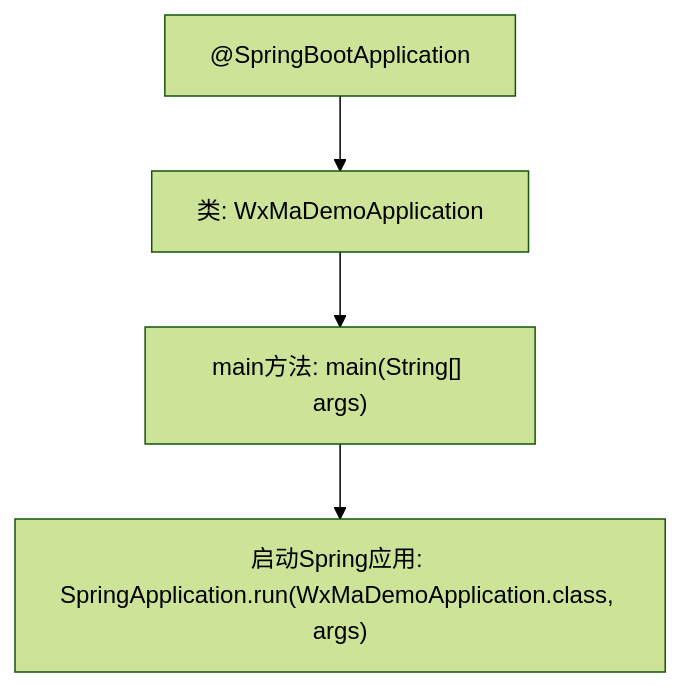
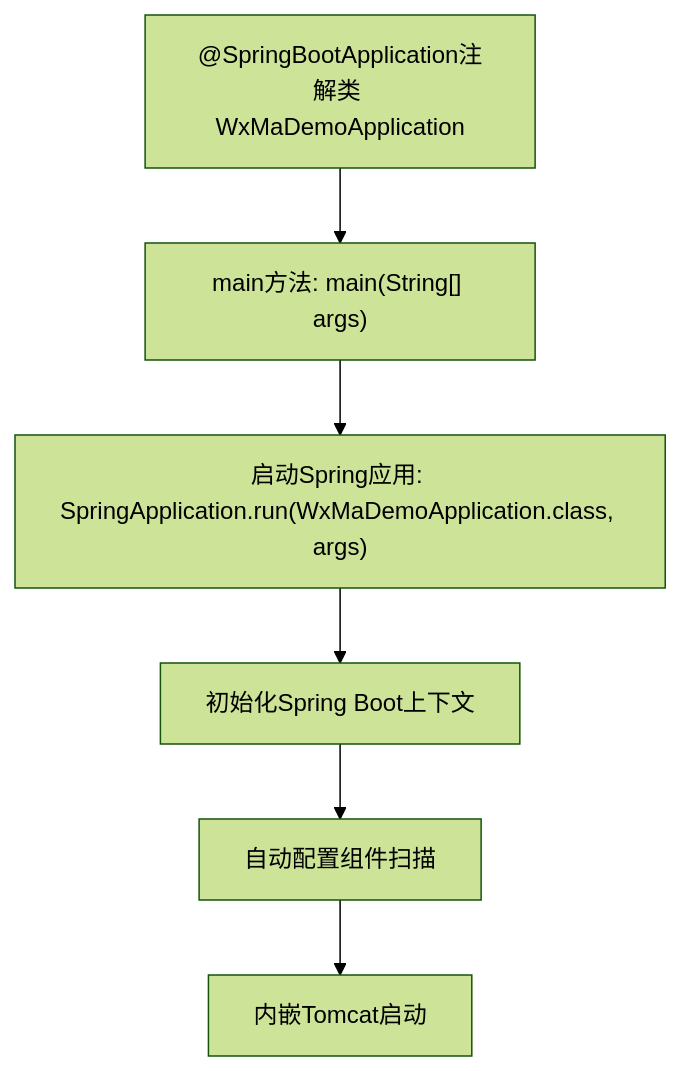
One commit to v-wjrong/rongwj666_weixin-java-miniapp-demo changed the second of 2 diagrams in docs/zh/docs/src/main/java/com/github/binarywang/demo/wx/miniapp/WxMaDemoApplication.md. Above: the diagram before and after it, drawn with Mermaid (forest theme). The commit also changed other lines of this file and 49 other files, not shown here.

````diff
--- a/docs/zh/docs/src/main/java/com/github/binarywang/demo/wx/miniapp/WxMaDemoApplication.md
+++ b/docs/zh/docs/src/main/java/com/github/binarywang/demo/wx/miniapp/WxMaDemoApplication.md
@@ -50,11 +52,15 @@
 ```mermaid
 graph TD
-    A["@SpringBootApplication"]
-    B["类: WxMaDemoApplication"]
-    C["main方法: main(String[] args)"]
-    D["启动Spring应用: SpringApplication.run(WxMaDemoApplication.class, args)"]
-    
+    A["@SpringBootApplication注解类 WxMaDemoApplication"]
+    B["main方法: main(String[] args)"]
+    C["启动Spring应用: SpringApplication.run(WxMaDemoApplication.class, args)"]
+    D["初始化Spring Boot上下文"]
+    E["自动配置组件扫描"]
+    F["内嵌Tomcat启动"]
+
     A --> B
     B --> C
     C --> D
+    D --> E
+    E --> F
 ```
````
